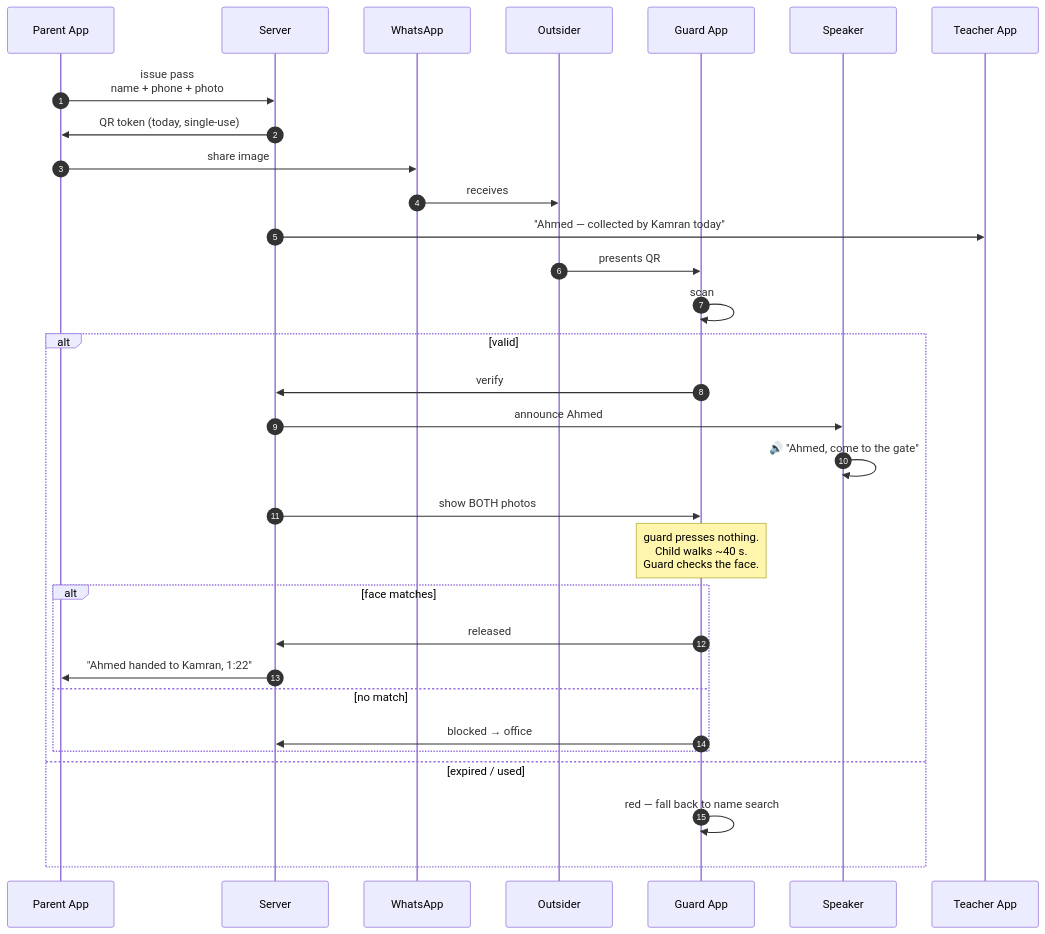
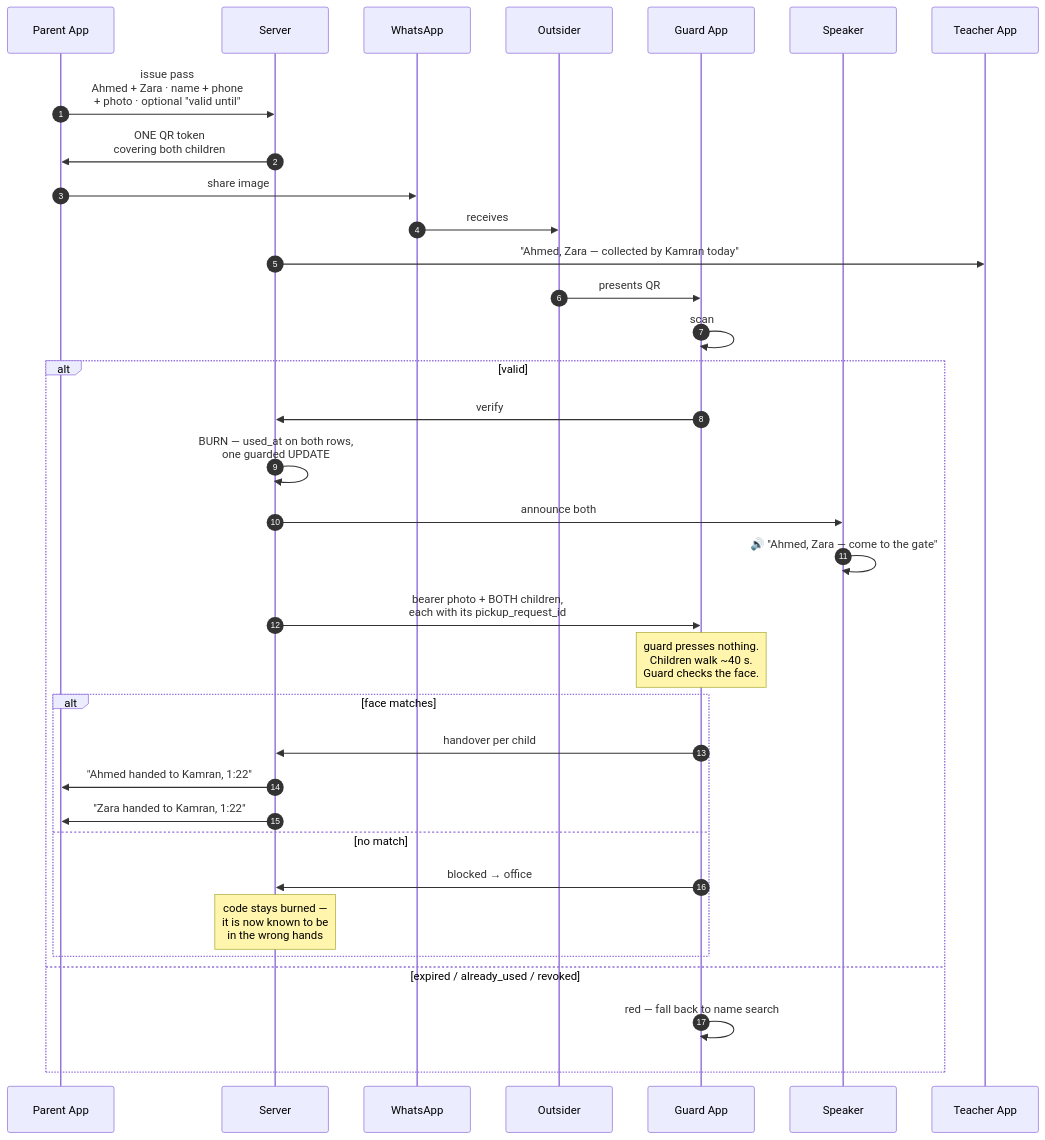
The ninth of 12 diagrams in docs/DIAGRAMS.md (Tehman700/Pasha_ICT_Project), drawn with Mermaid before and after one commit. The commit also changed other lines of this file and 6 other files, not shown here.

First line of the commit message:
Passes: several children per pass, parent-set expiry, per-pass burn

````diff
--- a/docs/DIAGRAMS.md
+++ b/docs/DIAGRAMS.md
@@ -663,36 +718,39 @@
 ```mermaid
 sequenceDiagram
     autonumber
     participant P as Parent App
     participant API as Server
     participant W as WhatsApp
     participant K as Outsider
     participant GA as Guard App
     participant SPK as Speaker
     participant TA as Teacher App
 
-    P->>API: issue pass<br/>name + phone + photo
-    API->>P: QR token (today, single-use)
+    P->>API: issue pass<br/>Ahmed + Zara · name + phone<br/>+ photo · optional "valid until"
+    API->>P: ONE QR token<br/>covering both children
     P->>W: share image
     W->>K: receives
-    API->>TA: "Ahmed — collected by Kamran today"
+    API->>TA: "Ahmed, Zara — collected by Kamran today"
 
     K->>GA: presents QR
     GA->>GA: scan
 
     alt valid
         GA->>API: verify
-        API->>SPK: announce Ahmed
-        SPK->>SPK: 🔊 "Ahmed, come to the gate"
-        API->>GA: show BOTH photos
-        Note over GA: guard presses nothing.<br/>Child walks ~40 s.<br/>Guard checks the face.
+        API->>API: BURN — used_at on both rows,<br/>one guarded UPDATE
+        API->>SPK: announce both
+        SPK->>SPK: 🔊 "Ahmed, Zara — come to the gate"
+        API->>GA: bearer photo + BOTH children,<br/>each with its pickup_request_id
+        Note over GA: guard presses nothing.<br/>Children walk ~40 s.<br/>Guard checks the face.
         alt face matches
-            GA->>API: released
+            GA->>API: handover per child
             API->>P: "Ahmed handed to Kamran, 1:22"
+            API->>P: "Zara handed to Kamran, 1:22"
         else no match
             GA->>API: blocked → office
+            Note over API: code stays burned —<br/>it is now known to be<br/>in the wrong hands
         end
-    else expired / used
+    else expired / already_used / revoked
         GA->>GA: red — fall back to name search
     end
 ```
````
